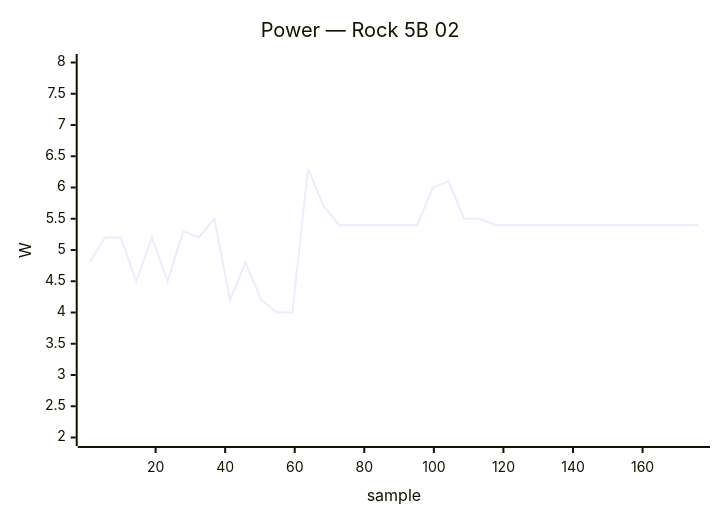
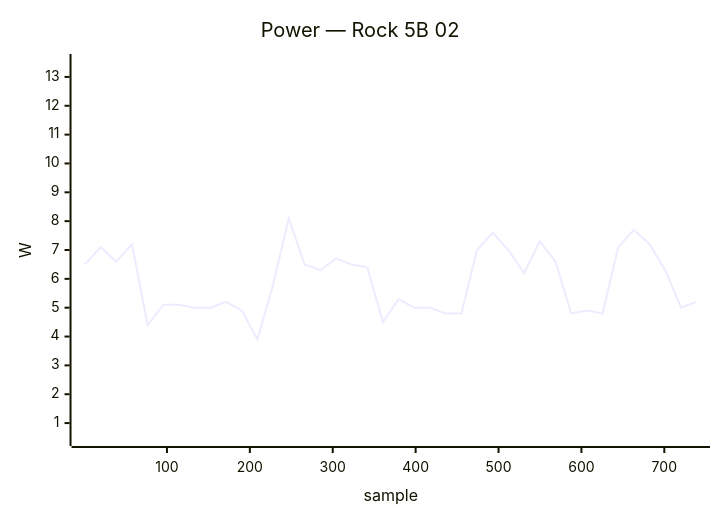
One commit to armbian/documentation changed the second of 42 diagrams in docs/status/board-tests.md. Above: the diagram before and after it, drawn with Mermaid. The commit also changed other lines of this file, not shown here.

````diff
--- a/docs/status/board-tests.md
+++ b/docs/status/board-tests.md
@@ -100,7 +115,7 @@
 ```mermaid
 xychart-beta
     title "Power — Rock 5B 02"
-    x-axis "sample" 1 --> 176
-    y-axis "W" 2.0 --> 8.0
-    line [4.8, 5.2, 5.2, 4.5, 5.2, 4.5, 5.3, 5.2, 5.5, 4.2, 4.8, 4.2, 4.0, 4.0, 6.3, 5.7, 5.4, 5.4, 5.4, 5.4, 5.4, 5.4, 6.0, 6.1, 5.5, 5.5, 5.4, 5.4, 5.4, 5.4, 5.4, 5.4, 5.4, 5.4, 5.4, 5.4, 5.4, 5.4, 5.4, 5.4]
+    x-axis "sample" 1 --> 739
+    y-axis "W" 0.5 --> 13.5
+    line [6.5, 7.1, 6.6, 7.2, 4.4, 5.1, 5.1, 5.0, 5.0, 5.2, 4.9, 3.9, 5.8, 8.1, 6.5, 6.3, 6.7, 6.5, 6.4, 4.5, 5.3, 5.0, 5.0, 4.8, 4.8, 7.0, 7.6, 7.0, 6.2, 7.3, 6.6, 4.8, 4.9, 4.8, 7.1, 7.7, 7.2, 6.3, 5.0, 5.2]
 ```
````
